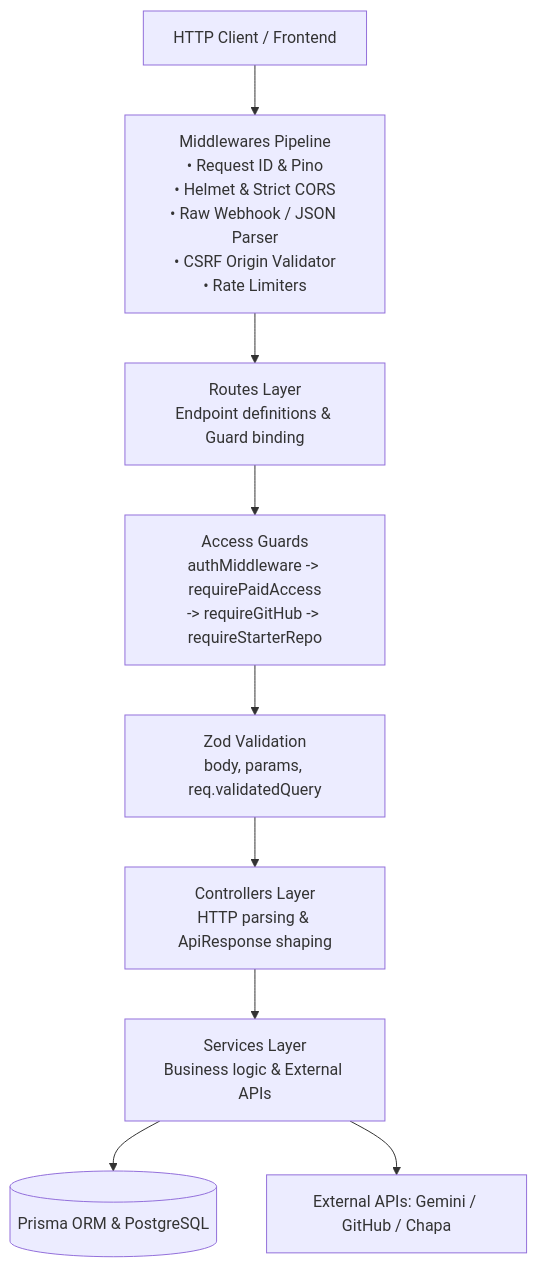
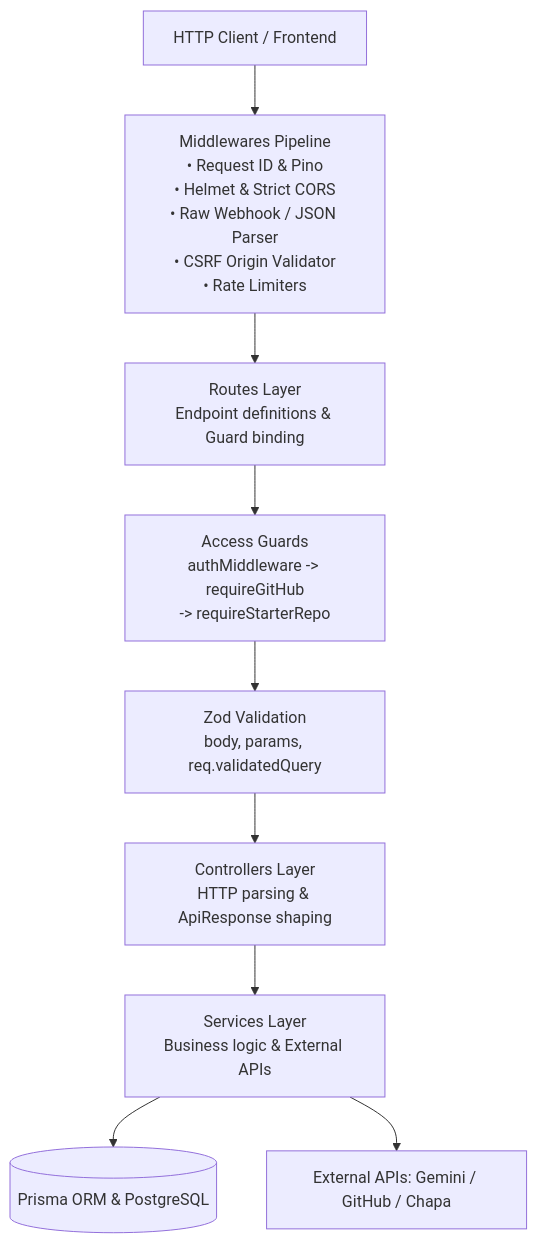
Before and after one commit to Lab-Lynx/WorkSim: the first of 3 diagrams in backend/README.md, drawn with Mermaid. The commit also changed other lines of this file and 2 other files, not shown here.

Commit message:
docs: document 3-ticket free trial, correct onboarding order and API routes

````diff
--- a/backend/README.md
+++ b/backend/README.md
@@ -50,11 +50,11 @@
 ```mermaid
 graph TD
     Client[HTTP Client / Frontend] --> Middlewares[Middlewares Pipeline\n• Request ID & Pino\n• Helmet & Strict CORS\n• Raw Webhook / JSON Parser\n• CSRF Origin Validator\n• Rate Limiters]
     Middlewares --> Routes[Routes Layer\nEndpoint definitions & Guard binding]
-    Routes --> Guards[Access Guards\nauthMiddleware -> requirePaidAccess\n-> requireGitHub -> requireStarterRepo]
+    Routes --> Guards[Access Guards\nauthMiddleware -> requireGitHub\n-> requireStarterRepo]
     Guards --> Validators[Zod Validation\nbody, params, req.validatedQuery]
     Validators --> Controllers[Controllers Layer\nHTTP parsing & ApiResponse shaping]
     Controllers --> Services[Services Layer\nBusiness logic & External APIs]
     Services --> DB[(Prisma ORM & PostgreSQL)]
     Services --> AI[External APIs: Gemini / GitHub / Chapa]
 ```
````
